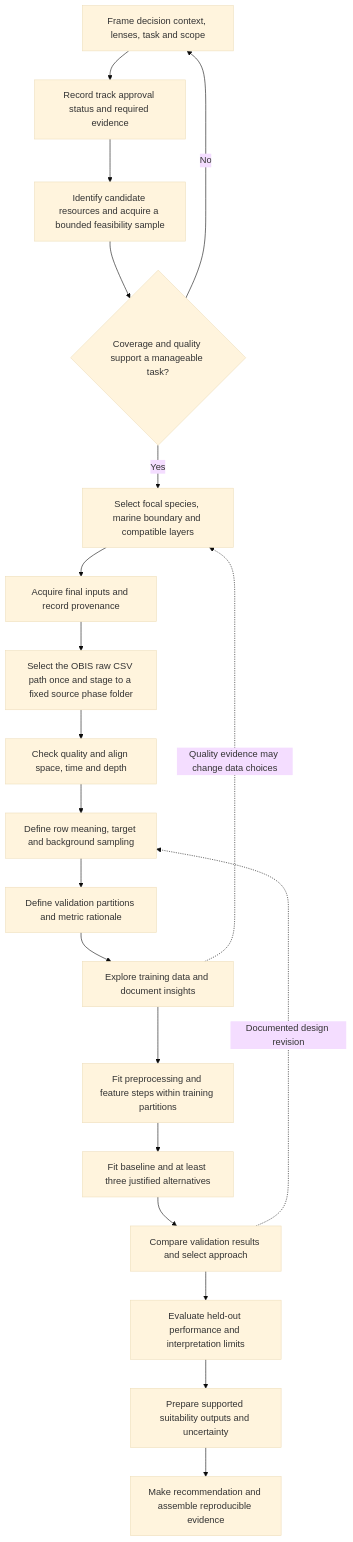
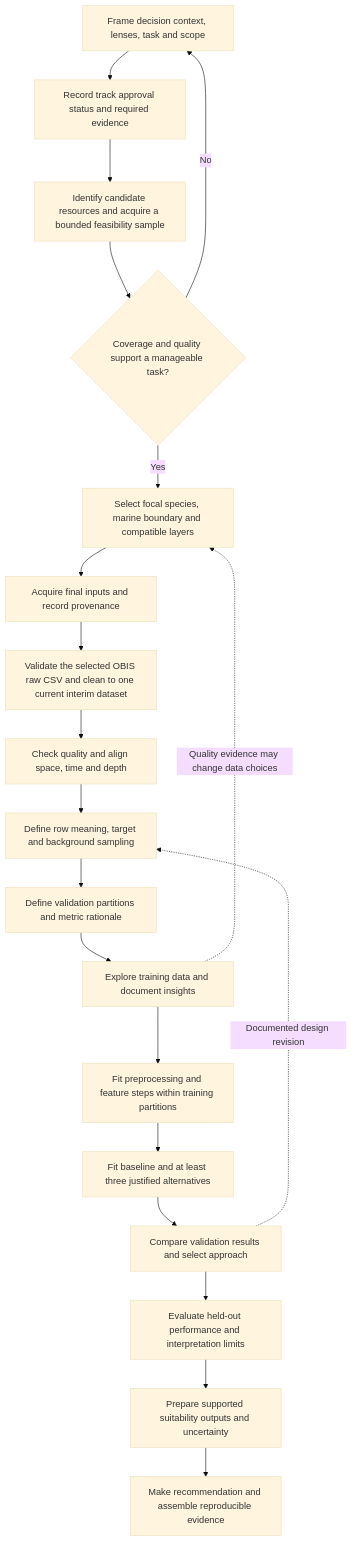
One commit to WKS2004/OCEAVERA changed the diagram in docs/ml/ml-workflow-and-evidence-gates.md. Above: the diagram before and after it, drawn with Mermaid (base theme). The commit also changed other lines of this file and 30 other files, not shown here.

````diff
--- a/docs/ml/ml-workflow-and-evidence-gates.md
+++ b/docs/ml/ml-workflow-and-evidence-gates.md
@@ -7,22 +7,22 @@
 ```mermaid
 flowchart TD
     A[Frame decision context, lenses, task and scope] --> B[Record track approval status and required evidence]
     B --> C[Identify candidate resources and acquire a bounded feasibility sample]
     C --> D{Coverage and quality support a manageable task?}
     D -- No --> A
     D -- Yes --> E[Select focal species, marine boundary and compatible layers]
     E --> F[Acquire final inputs and record provenance]
-    F --> G[Select the OBIS raw CSV path once and stage to a fixed source phase folder]
+    F --> G[Validate the selected OBIS raw CSV and clean to one current interim dataset]
     G --> H[Check quality and align space, time and depth]
     H --> I[Define row meaning, target and background sampling]
     I --> J[Define validation partitions and metric rationale]
     J --> K[Explore training data and document insights]
     K --> L[Fit preprocessing and feature steps within training partitions]
     L --> M[Fit baseline and at least three justified alternatives]
     M --> N[Compare validation results and select approach]
     N --> O[Evaluate held-out performance and interpretation limits]
     O --> P[Prepare supported suitability outputs and uncertainty]
     P --> Q[Make recommendation and assemble reproducible evidence]
     K -. Quality evidence may change data choices .-> E
     N -. Documented design revision .-> I
 ```
````
